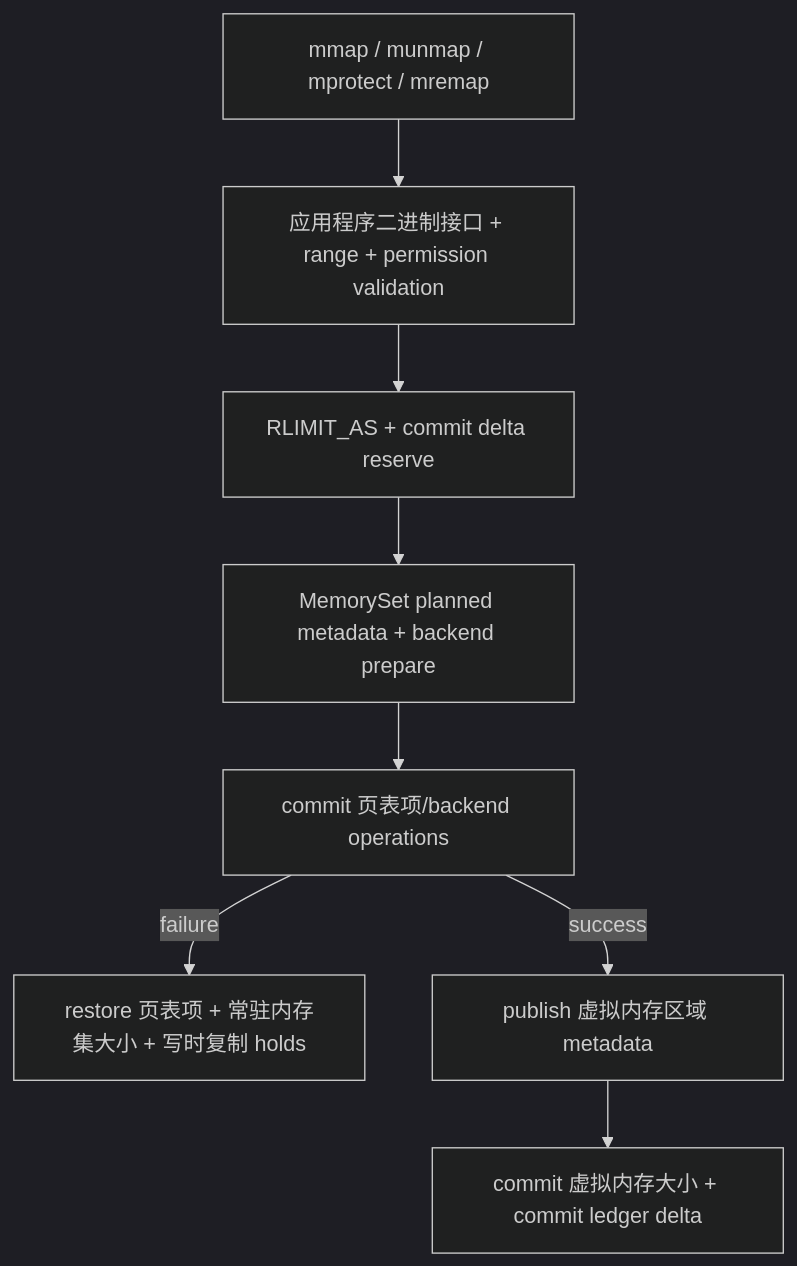
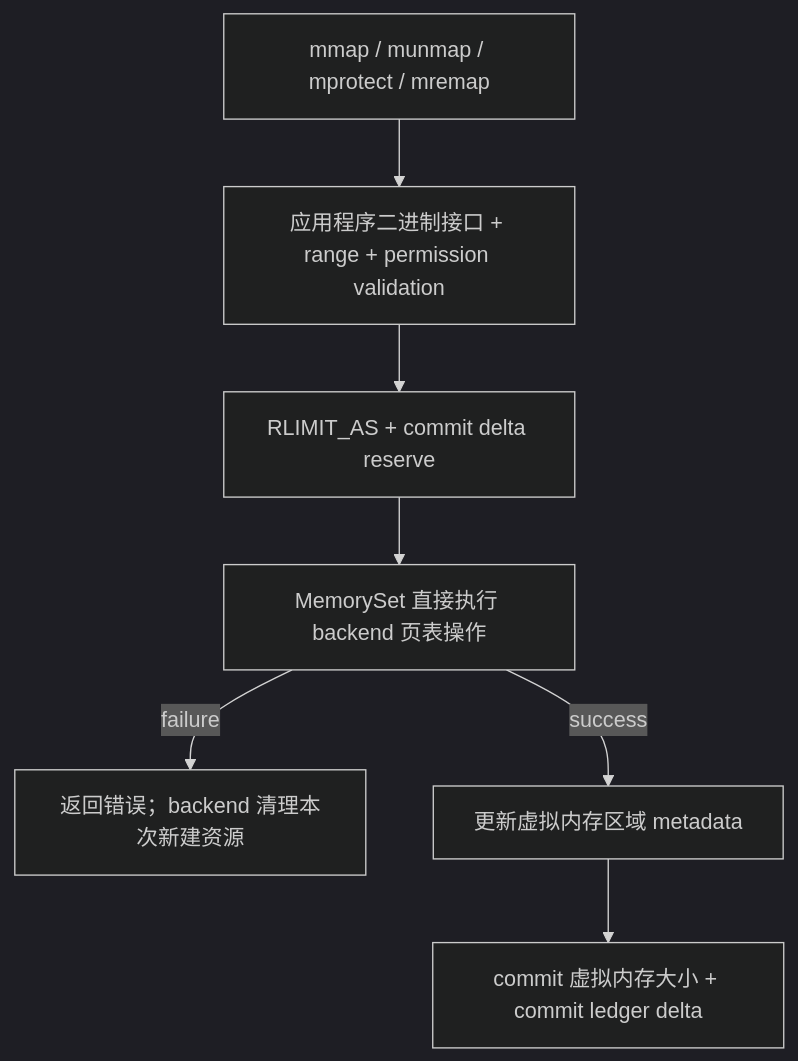
The first of 3 diagrams in docs/docs/architecture/memory/starry-mm.md (rcore-os/tgoskits), drawn with Mermaid (dark theme) before and after one commit. The commit also changed other lines of this file and 84 other files, not shown here.

Commit message:
refactor(memory): replace transaction protocol with direct backend operations

````diff
--- a/docs/docs/architecture/memory/starry-mm.md
+++ b/docs/docs/architecture/memory/starry-mm.md
@@ -80,10 +80,9 @@
 ```mermaid
 flowchart TB
     Syscall["mmap / munmap / mprotect / mremap"] --> Validate["应用程序二进制接口 + range + permission validation"]
     Validate --> Admission["RLIMIT_AS + commit delta reserve"]
-    Admission --> Plan["MemorySet planned metadata + backend prepare"]
-    Plan --> Pte["commit 页表项/backend operations"]
-    Pte -->|"failure"| Undo["restore 页表项 + 常驻内存集大小 + 写时复制 holds"]
-    Pte -->|"success"| Publish["publish 虚拟内存区域 metadata"]
+    Admission --> Pte["MemorySet 直接执行 backend 页表操作"]
+    Pte -->|"failure"| Error["返回错误；backend 清理本次新建资源"]
+    Pte -->|"success"| Publish["更新虚拟内存区域 metadata"]
     Publish --> Account["commit 虚拟内存大小 + commit ledger delta"]
 ```
````
